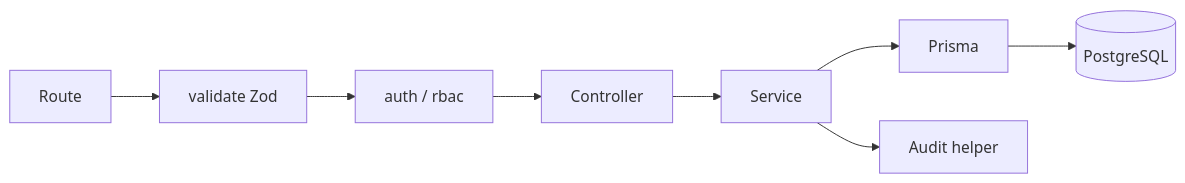
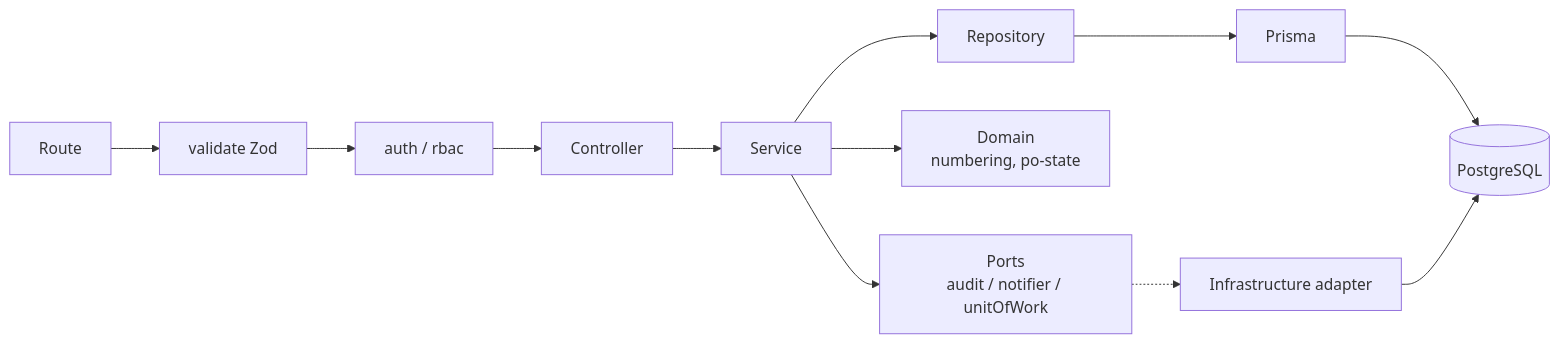
Before and after one commit to EkaBachrudin/ims: the second of 8 diagrams in docs/TECHNICAL.md, drawn with Mermaid. The commit also changed other lines of this file and 125 other files, not shown here.

Commit message:
refactor(arch): apply layered architecture to backend & ai-agent, align docs

````diff
--- a/docs/TECHNICAL.md
+++ b/docs/TECHNICAL.md
@@ -434,5 +460,8 @@
 ```mermaid
 flowchart LR
-    R[Route] --> V[validate Zod] --> MW[auth / rbac] --> C[Controller] --> S[Service] --> P[Prisma] --> DB[(PostgreSQL)]
-    S --> A[Audit helper]
+    R[Route] --> V[validate Zod] --> MW[auth / rbac] --> C[Controller] --> S[Service] --> RP[Repository] --> P[Prisma] --> DB[(PostgreSQL)]
+    S --> DOM[Domain<br/>numbering, po-state]
+    S --> PORT[Ports<br/>audit / notifier / unitOfWork]
+    PORT -.-> INF[Infrastructure adapter]
+    INF --> DB
 ```
````
